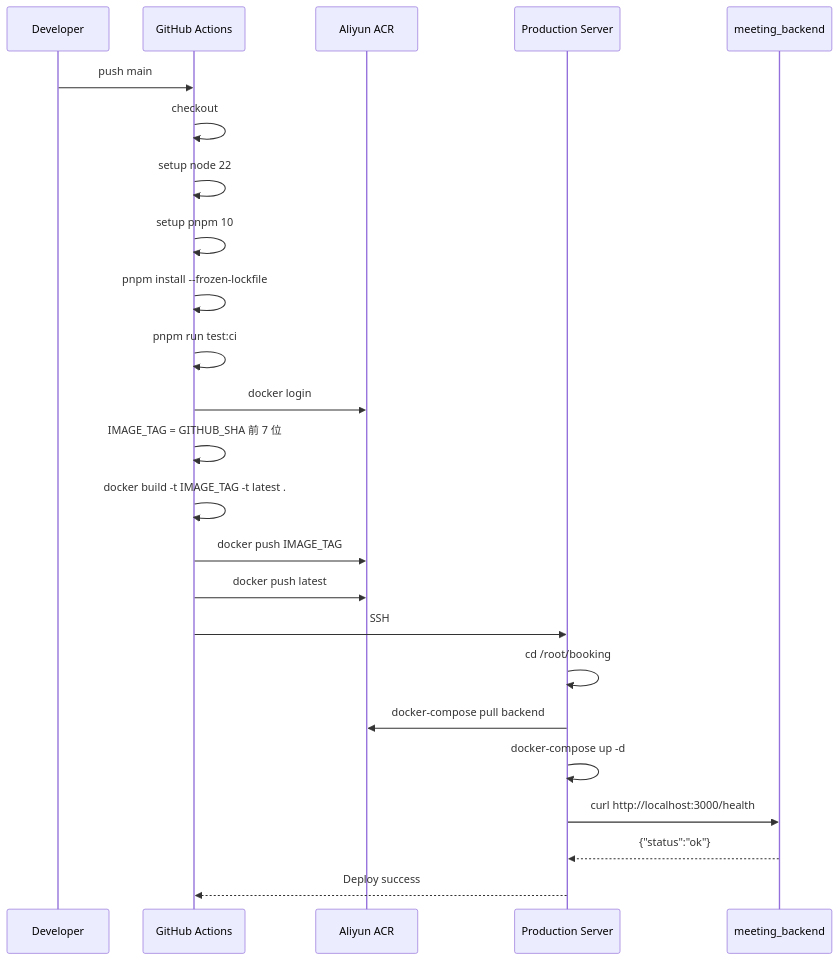
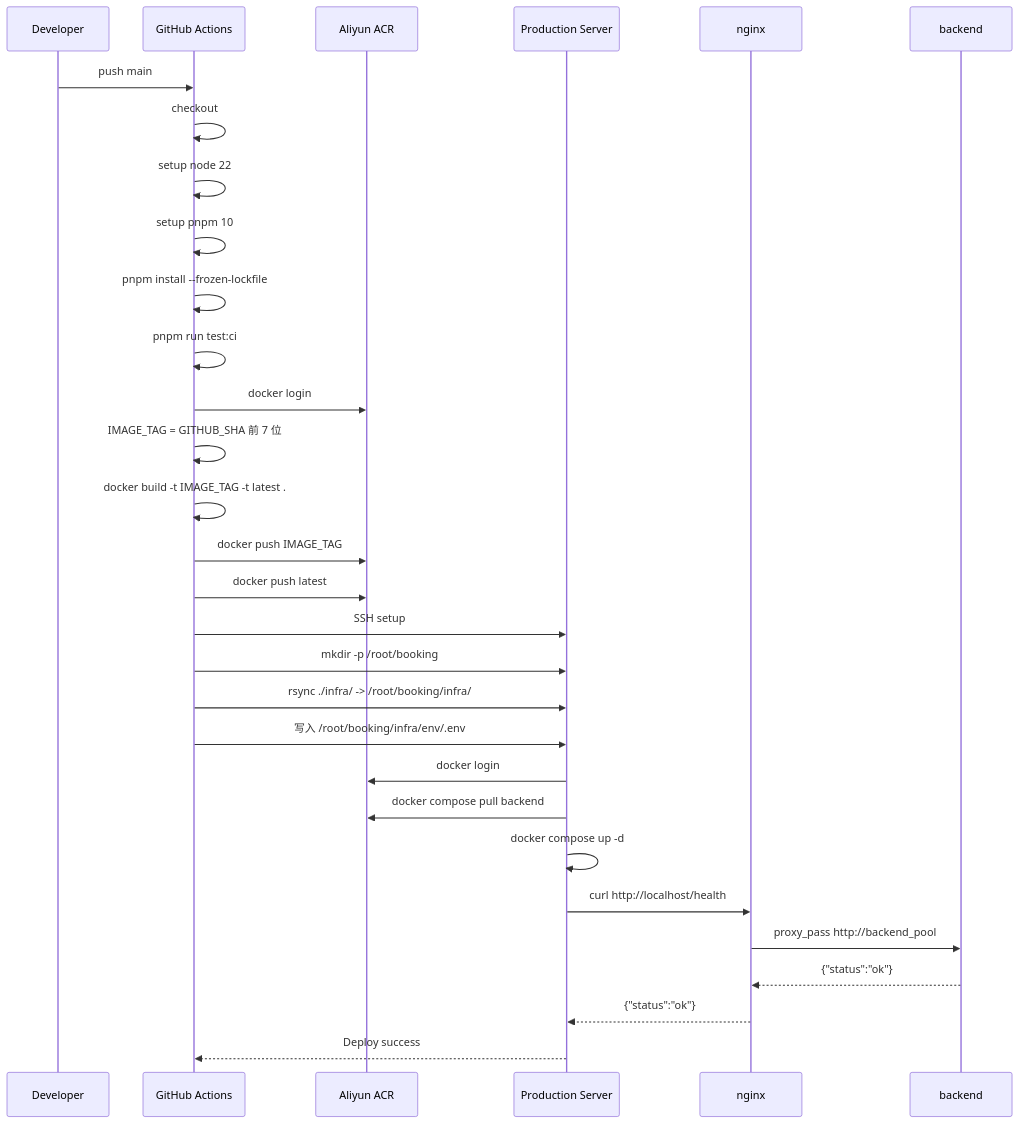
Before and after one commit to taotao9125/light-agent: the fourth of 4 diagrams in server/dev-to-deploy-architecture.md, drawn with Mermaid. The commit also changed other lines of this file, not shown here.

Commit message:
🎉: 架构图更新

````diff
--- a/server/dev-to-deploy-architecture.md
+++ b/server/dev-to-deploy-architecture.md
@@ -129,27 +140,33 @@
 ```mermaid
 sequenceDiagram
     participant Dev as Developer
     participant GH as GitHub Actions
     participant ACR as Aliyun ACR
     participant ECS as Production Server
-    participant App as meeting_backend
+    participant Nginx as nginx
+    participant App as backend
 
     Dev->>GH: push main
     GH->>GH: checkout
     GH->>GH: setup node 22
     GH->>GH: setup pnpm 10
     GH->>GH: pnpm install --frozen-lockfile
     GH->>GH: pnpm run test:ci
     GH->>ACR: docker login
     GH->>GH: IMAGE_TAG = GITHUB_SHA 前 7 位
     GH->>GH: docker build -t IMAGE_TAG -t latest .
     GH->>ACR: docker push IMAGE_TAG
     GH->>ACR: docker push latest
-    GH->>ECS: SSH
-    ECS->>ECS: cd /root/booking
-    ECS->>ACR: docker-compose pull backend
-    ECS->>ECS: docker-compose up -d
-    ECS->>App: curl http://localhost:3000/health
-    App-->>ECS: {"status":"ok"}
+    GH->>ECS: SSH setup
+    GH->>ECS: mkdir -p /root/booking
+    GH->>ECS: rsync ./infra/ -> /root/booking/infra/
+    GH->>ECS: 写入 /root/booking/infra/env/.env
+    ECS->>ACR: docker login
+    ECS->>ACR: docker compose pull backend
+    ECS->>ECS: docker compose up -d
+    ECS->>Nginx: curl http://localhost/health
+    Nginx->>App: proxy_pass http://backend_pool
+    App-->>Nginx: {"status":"ok"}
+    Nginx-->>ECS: {"status":"ok"}
     ECS-->>GH: Deploy success
 ```
````
